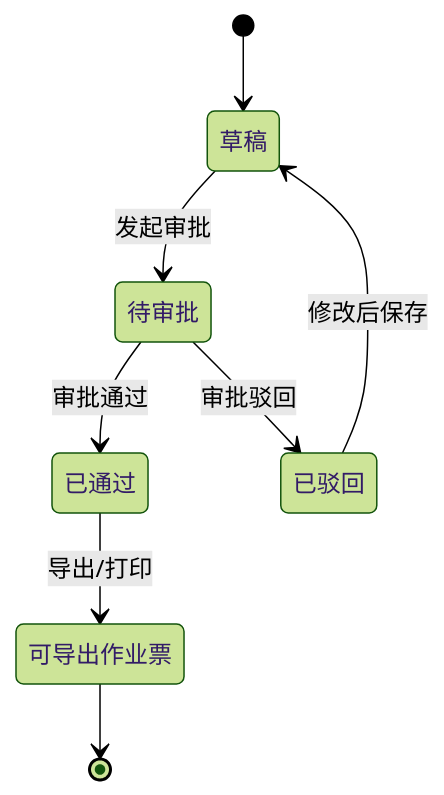
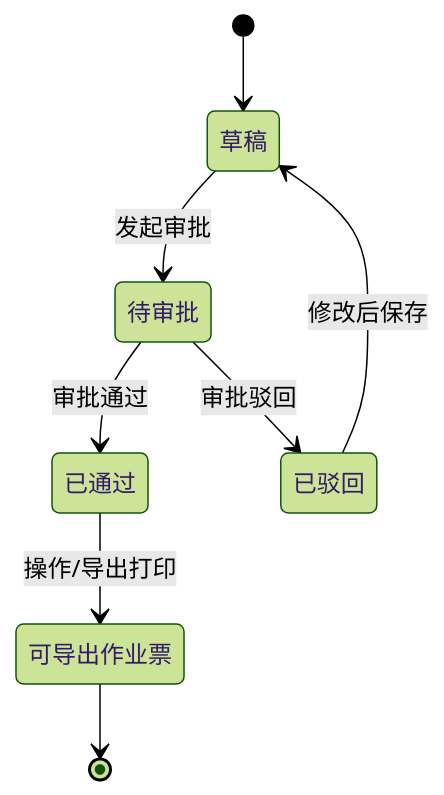
Before and after one commit to liaoliao66/SES: the fifth of 9 diagrams in docs/versions/v1.0.0/prd.md, drawn with Mermaid (forest theme). The commit also changed other lines of this file and 14 other files, not shown here.

````diff
--- a/docs/versions/v1.0.0/prd.md
+++ b/docs/versions/v1.0.0/prd.md
@@ -81,10 +146,10 @@
 ```mermaid
 stateDiagram-v2
   [*] --> 草稿
   草稿 --> 待审批 : 发起审批
   待审批 --> 已通过 : 审批通过
   待审批 --> 已驳回 : 审批驳回
   已驳回 --> 草稿 : 修改后保存
-  已通过 --> 可导出作业票 : 导出/打印
+  已通过 --> 可导出作业票 : 操作/导出打印
   可导出作业票 --> [*]
 ```
````
